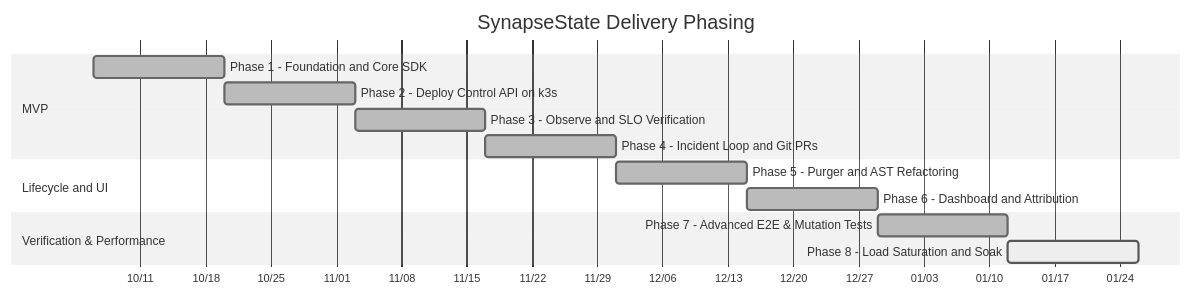
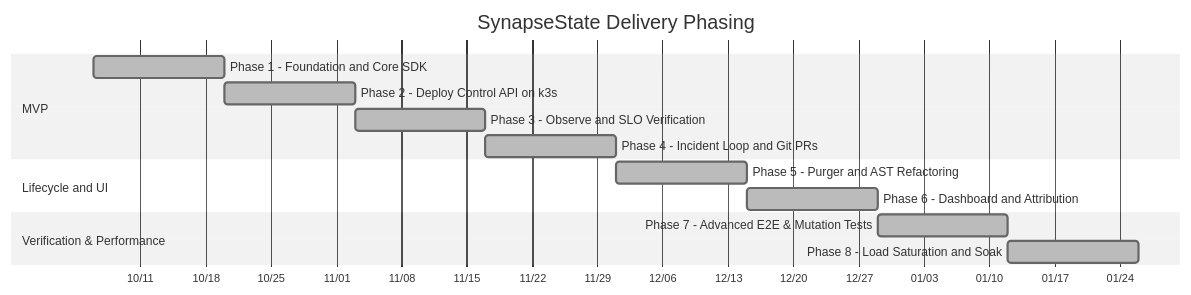
One commit to adityapawar112/SynapseState changed the diagram in docs/ROADMAP.md. Above: the diagram before and after it, drawn with Mermaid (neutral theme). The commit also changed other lines of this file and 137 other files, not shown here.

First line of the commit message:
docs: synchronize ground-truth specifications, benchmarks, and roadmaps for Phase 8

````diff
--- a/docs/ROADMAP.md
+++ b/docs/ROADMAP.md
@@ -45,17 +45,17 @@
 ```mermaid
 gantt
     title SynapseState Delivery Phasing
     dateFormat YYYY-MM-DD
     axisFormat %m/%d
     section MVP
     Phase 1 - Foundation and Core SDK       :done, p1, 2026-10-06, 14d
     Phase 2 - Deploy Control API on k3s     :done, p2, after p1, 14d
     Phase 3 - Observe and SLO Verification  :done, p3, after p2, 14d
     Phase 4 - Incident Loop and Git PRs     :done, p4, after p3, 14d
     section Lifecycle and UI
     Phase 5 - Purger and AST Refactoring    :done, p5, after p4, 14d
     Phase 6 - Dashboard and Attribution     :done, p6, after p5, 14d
     section Verification & Performance
     Phase 7 - Advanced E2E & Mutation Tests :done, p7, after p6, 14d
-    Phase 8 - Load Saturation and Soak      :active, p8, after p7, 14d
+    Phase 8 - Load Saturation and Soak      :done, p8, after p7, 14d
 ```
````
